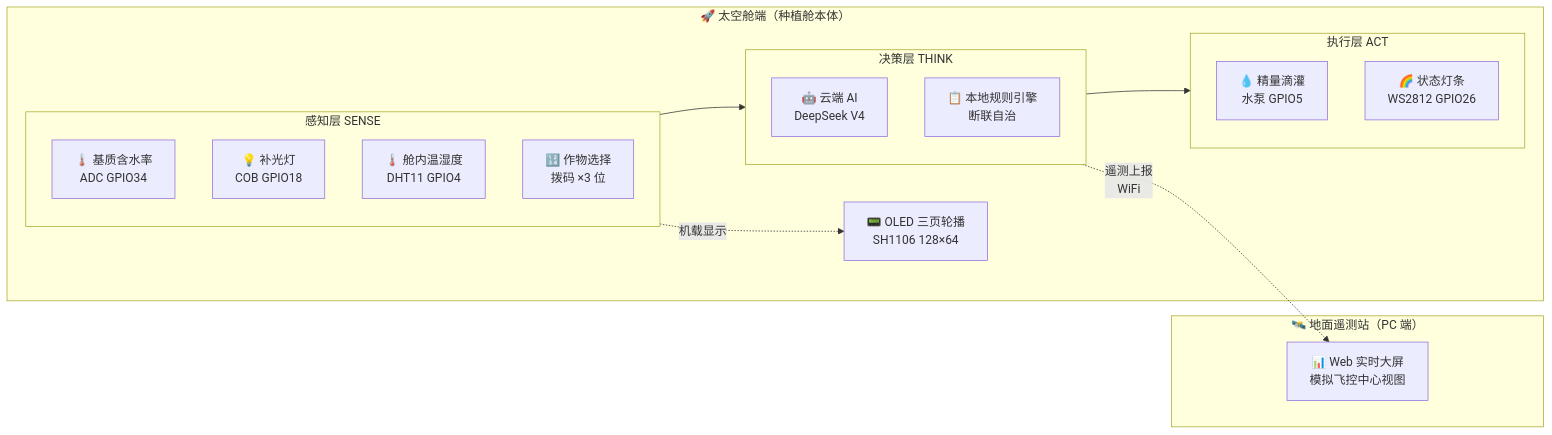
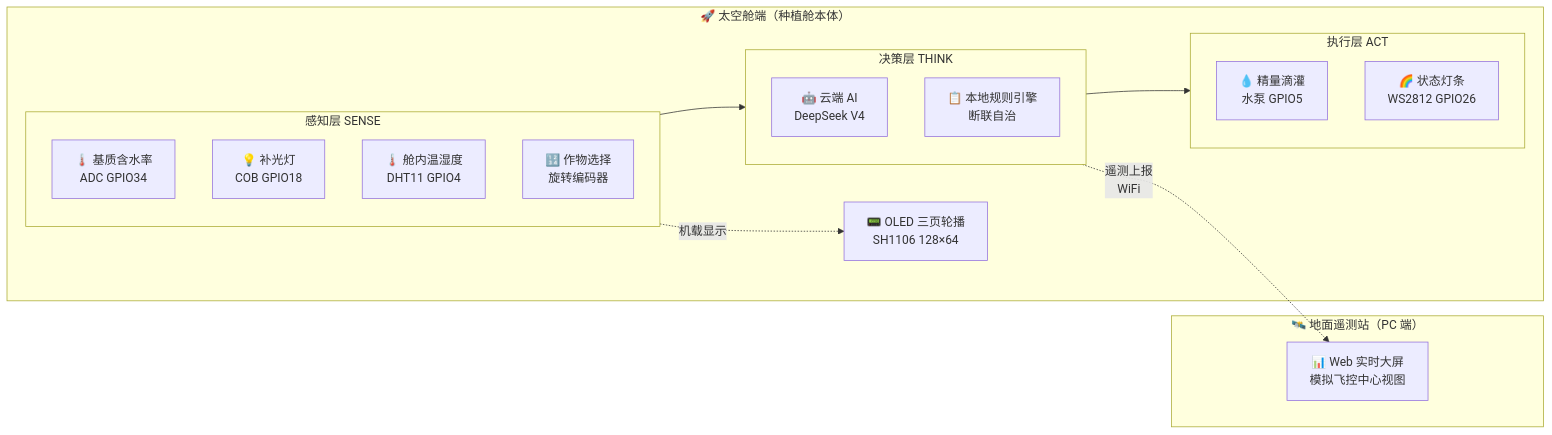
One commit to Dora321/space-agriculture-capsule changed the diagram in README.md. Above: the diagram before and after it, drawn with Mermaid. The commit also changed other lines of this file and 15 other files, not shown here.

````diff
--- a/README.md
+++ b/README.md
@@ -82,32 +82,32 @@
 ```mermaid
 flowchart LR
     subgraph SPACE["🚀 太空舱端（种植舱本体）"]
         subgraph SENSE["感知层 SENSE"]
             Soil["🌡️ 基质含水率<br/>ADC GPIO34"]
             Light["☀️ 环境光照<br/>ADC GPIO32"]
             DHT["🌡️ 舱内温湿度<br/>DHT11 GPIO4"]
-            DIP["🔢 作物选择<br/>拨码 ×3 位"]
+            DIP["🔢 作物选择<br/>旋转编码器"]
         end
 
         subgraph THINK["决策层 THINK"]
             AI["🤖 云端 AI<br/>DeepSeek V4"]
             Local["📋 本地规则引擎<br/>断联自治"]
         end
 
         subgraph ACT["执行层 ACT"]
             Pump["💧 精量滴灌<br/>水泵 GPIO5"]
             Light["💡 补光灯<br/>COB GPIO18"]
             Strip["🌈 状态灯条<br/>WS2812 GPIO26"]
         end
 
         SENSE --> THINK
         THINK --> ACT
         SENSE -.->|机载显示| OLED["📟 OLED 三页轮播<br/>SH1106 128×64"]
     end
 
     subgraph GROUND["🛰️ 地面遥测站（PC 端）"]
         Web["📊 Web 实时大屏<br/>模拟飞控中心视图"]
     end
 
     THINK -.->|遥测上报<br/>WiFi| Web
 ```
````
